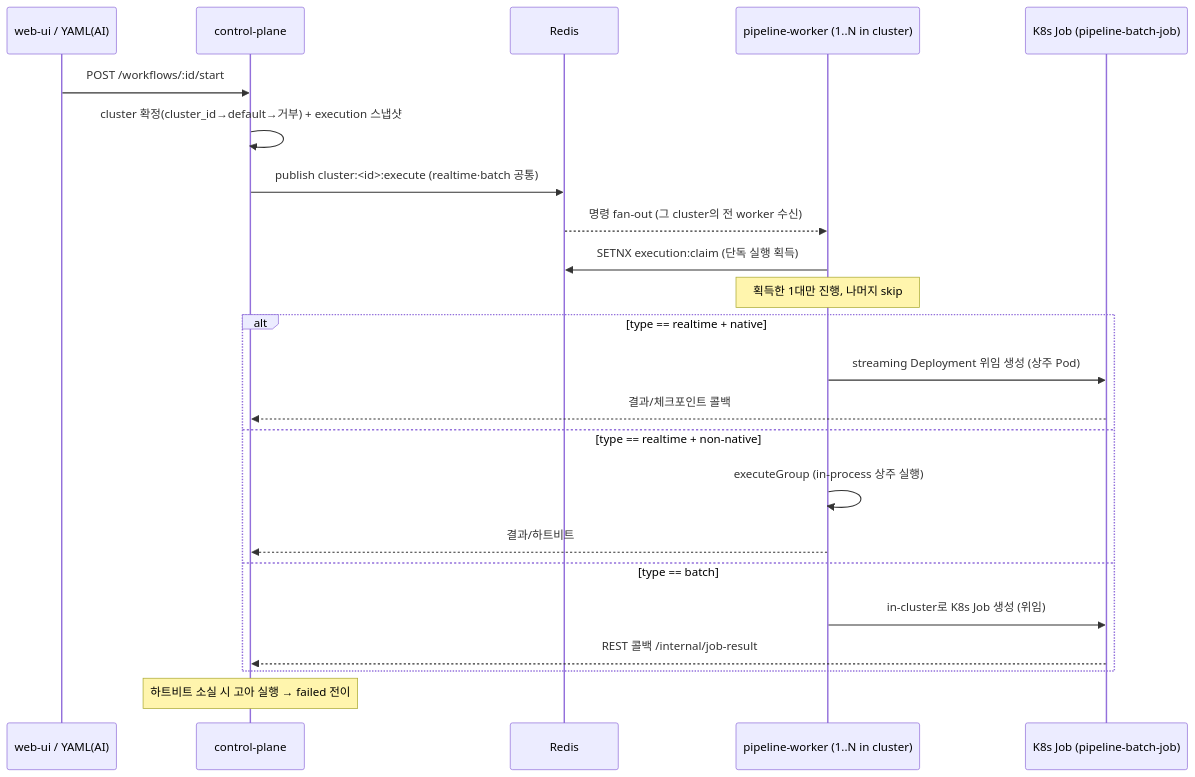
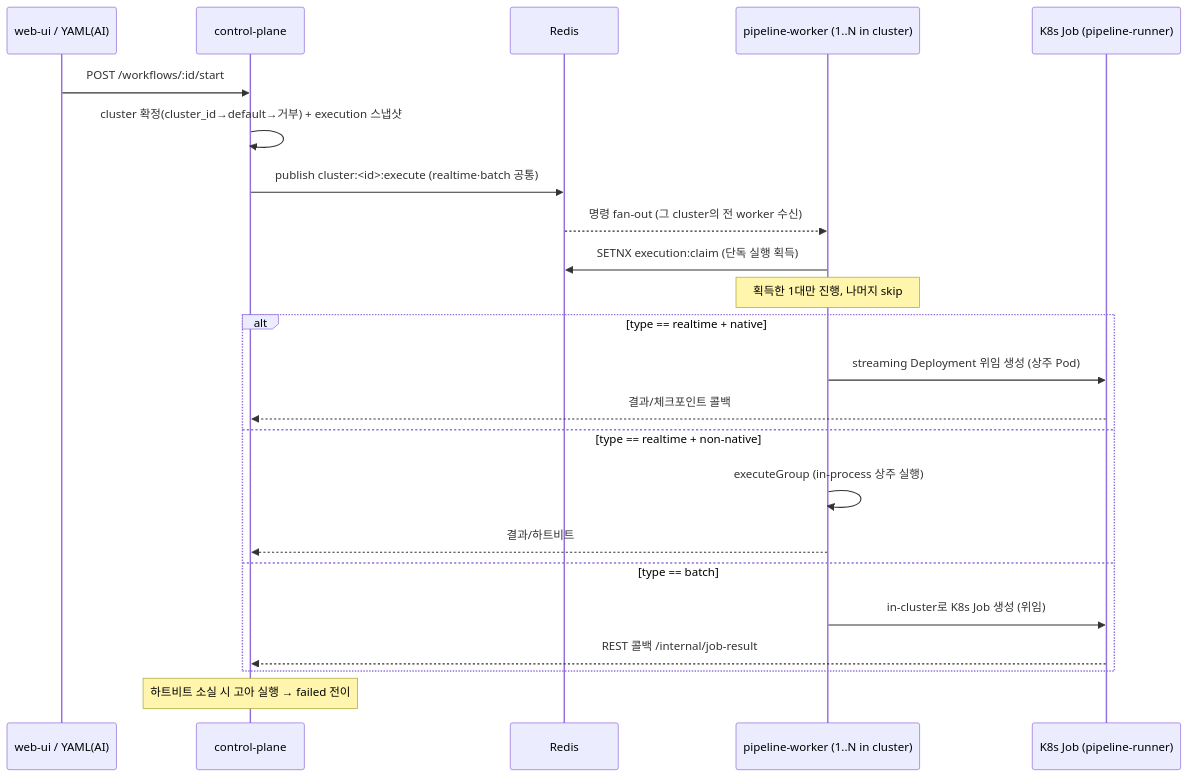
The third of 4 diagrams in docs/ARCHITECTURE.md (conduix/conduix), drawn with Mermaid before and after one commit. The commit also changed other lines of this file and 34 other files, not shown here.

First line of the commit message:
refactor!: pipeline-batch-job → pipeline-runner 리네이밍

````diff
--- a/docs/ARCHITECTURE.md
+++ b/docs/ARCHITECTURE.md
@@ -132,26 +132,26 @@
 ```mermaid
 sequenceDiagram
     participant U as web-ui / YAML(AI)
     participant CP as control-plane
     participant R as Redis
     participant W as pipeline-worker (1..N in cluster)
-    participant J as K8s Job (pipeline-batch-job)
+    participant J as K8s Job (pipeline-runner)
 
     U->>CP: POST /workflows/:id/start
     CP->>CP: cluster 확정(cluster_id→default→거부) + execution 스냅샷
     CP->>R: publish cluster:<id>:execute (realtime·batch 공통)
     R-->>W: 명령 fan-out (그 cluster의 전 worker 수신)
     W->>R: SETNX execution:claim (단독 실행 획득)
     Note over W: 획득한 1대만 진행, 나머지 skip
     alt type == realtime + native
         W->>J: streaming Deployment 위임 생성 (상주 Pod)
         J-->>CP: 결과/체크포인트 콜백
     else type == realtime + non-native
         W->>W: executeGroup (in-process 상주 실행)
         W-->>CP: 결과/하트비트
     else type == batch
         W->>J: in-cluster로 K8s Job 생성 (위임)
         J-->>CP: REST 콜백 /internal/job-result
     end
     Note over CP: 하트비트 소실 시 고아 실행 → failed 전이
 ```
````
